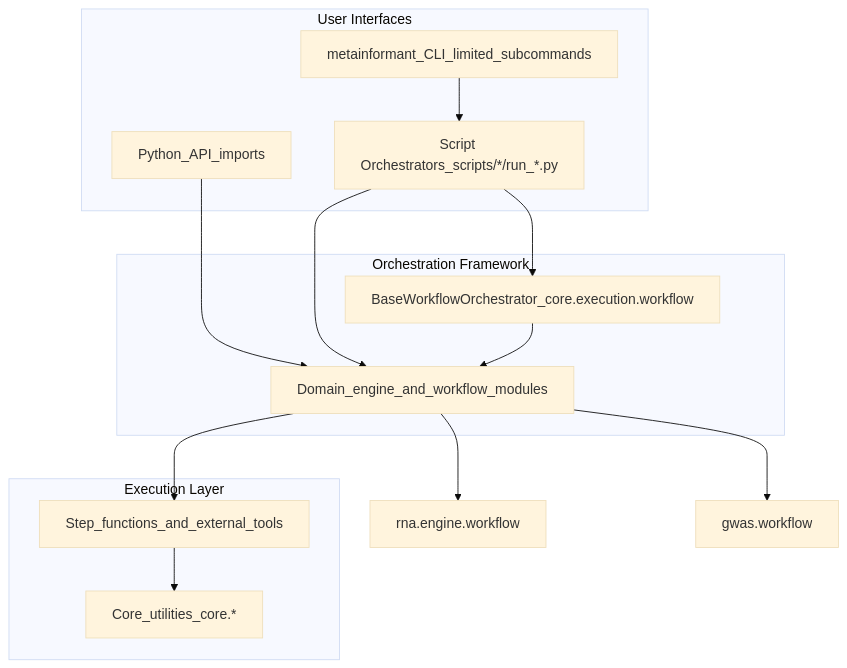
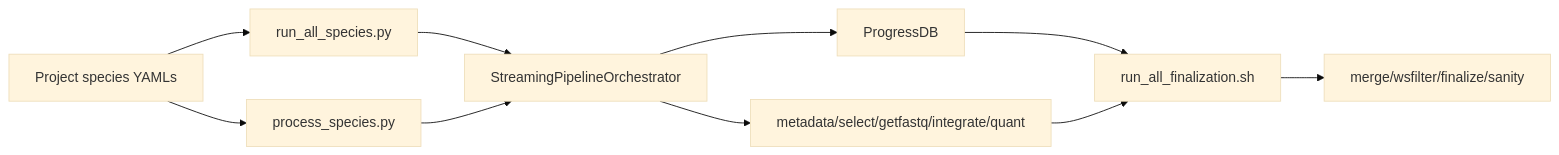
Before and after one commit to docxology/MetaInformAnt: the diagram in docs/ORCHESTRATION.md, drawn with Mermaid (base theme). The commit also changed other lines of this file and 448 other files, not shown here.

````diff
--- a/docs/ORCHESTRATION.md
+++ b/docs/ORCHESTRATION.md
@@ -9,29 +9,12 @@
 ```mermaid
-flowchart TB
-    subgraph "User Interfaces"
-        CLIsmallMetainformantEntry[metainformant_CLI_limited_subcommands]
-        ScriptsscriptOrchestratorsScripts/*/run*.py[Script Orchestrators_scripts/*/run_*.py]
-        PythonApi[Python_API_imports]
-    end
-
-    subgraph "Orchestration Framework"
-        CoreOrchBaseWorkflowOrchestrator[BaseWorkflowOrchestrator_core.execution.workflow]
-        DomainOrchEngineModules[Domain_engine_and_workflow_modules]
-    end
-
-    subgraph "Execution Layer"
-        StepsstepFunctionsDomainSteps[Step_functions_and_external_tools]
-        UtilscoreUtilitiesCore[Core_utilities_core.*]
-    end
-
-    CLIsmallMetainformantEntry --> ScriptsscriptOrchestratorsScripts/*/run*.py
-    PythonApi --> DomainOrchEngineModules
-    ScriptsscriptOrchestratorsScripts/*/run*.py --> CoreOrchBaseWorkflowOrchestrator
-    ScriptsscriptOrchestratorsScripts/*/run*.py --> DomainOrchEngineModules
-    CoreOrchBaseWorkflowOrchestrator --> DomainOrchEngineModules
-    DomainOrchEngineModules --> StepsstepFunctionsDomainSteps
-    StepsstepFunctionsDomainSteps --> UtilscoreUtilitiesCore
-
-    DomainOrchEngineModules --> RNArnaEngineWorkflow[rna.engine.workflow]
-    DomainOrchEngineModules --> GWASgwasWorkflow[gwas.workflow]
+flowchart LR
+    Y[Project species YAMLs] --> C[run_all_species.py]
+    Y --> S[process_species.py]
+    C --> P[StreamingPipelineOrchestrator]
+    S --> P
+    P --> DB[ProgressDB]
+    P --> Q[metadata/select/getfastq/integrate/quant]
+    DB --> R[run_all_finalization.sh]
+    Q --> R
+    R --> M[merge/wsfilter/finalize/sanity]
 ```
````
